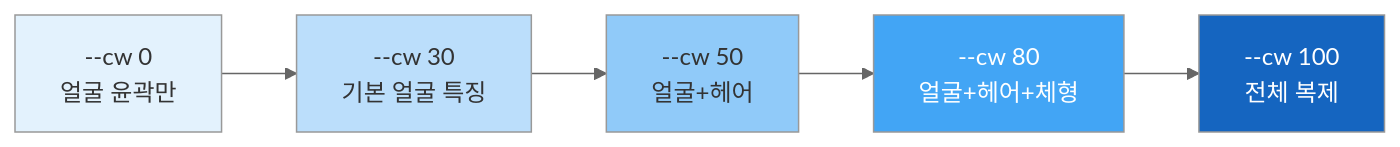
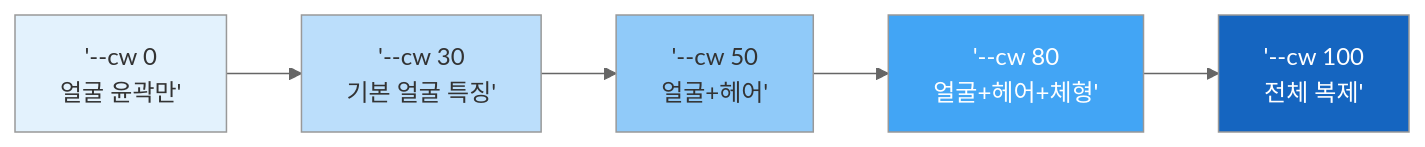
One commit to jsonpassion/forge-tutorial-promptcanvas changed the second of 3 diagrams in 07-ch7-controlnet과-참조-이미지-활용/05-05-midjourney---cref-캐릭터-레퍼런스.md. Above: the diagram before and after it, drawn with Mermaid (neutral theme). The commit also changed other lines of this file and 63 other files, not shown here.

````diff
--- a/07-ch7-controlnet과-참조-이미지-활용/05-05-midjourney---cref-캐릭터-레퍼런스.md
+++ b/07-ch7-controlnet과-참조-이미지-활용/05-05-midjourney---cref-캐릭터-레퍼런스.md
@@ -107,10 +56,9 @@
 ```mermaid
 flowchart LR
-    A["--cw 0<br/>얼굴 윤곽만"] --> B["--cw 30<br/>기본 얼굴 특징"] --> C["--cw 50<br/>얼굴+헤어"] --> D["--cw 80<br/>얼굴+헤어+체형"] --> E["--cw 100<br/>전체 복제"]
-    
+    A['--cw 0<br/>얼굴 윤곽만'] --> B['--cw 30<br/>기본 얼굴 특징'] --> C['--cw 50<br/>얼굴+헤어'] --> D['--cw 80<br/>얼굴+헤어+체형'] --> E['--cw 100<br/>전체 복제']
     style A fill:#e3f2fd,color:#333
     style B fill:#bbdefb,color:#333
     style C fill:#90caf9,color:#333
     style D fill:#42a5f5,color:#fff
     style E fill:#1565c0,color:#fff
 ```
````
